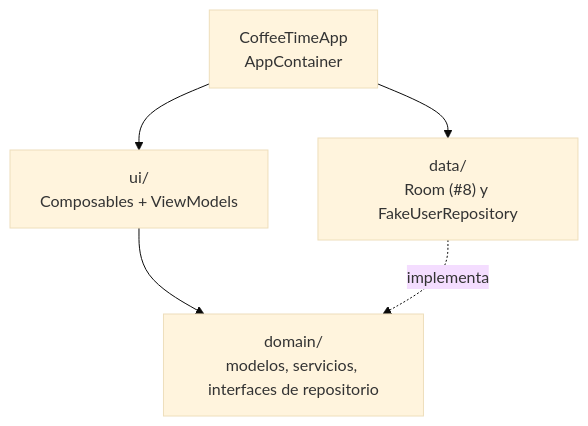
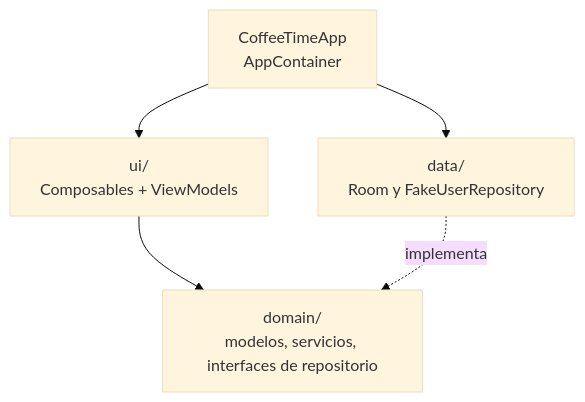
Before and after one commit to CesarGonzalez2601/coffee-time: the first of 2 diagrams in README.md, drawn with Mermaid (base theme). The commit also changed other lines of this file, not shown here.

Commit message:
docs: README con Room y AuthenticationService

````diff
--- a/README.md
+++ b/README.md
@@ -81,7 +84,7 @@
 ```mermaid
 flowchart TD
     UI["ui/<br/>Composables + ViewModels"] --> Domain["domain/<br/>modelos, servicios, interfaces de repositorio"]
-    Data["data/<br/>Room (#8) y FakeUserRepository"] -. implementa .-> Domain
+    Data["data/<br/>Room y FakeUserRepository"] -. implementa .-> Domain
     App["CoffeeTimeApp<br/>AppContainer"] --> UI
     App --> Data
 ```
````
